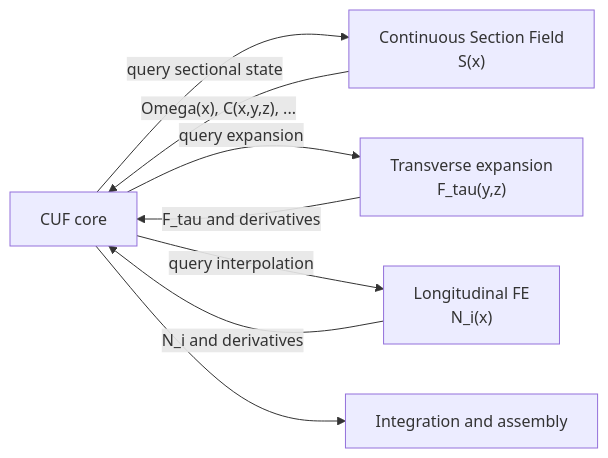
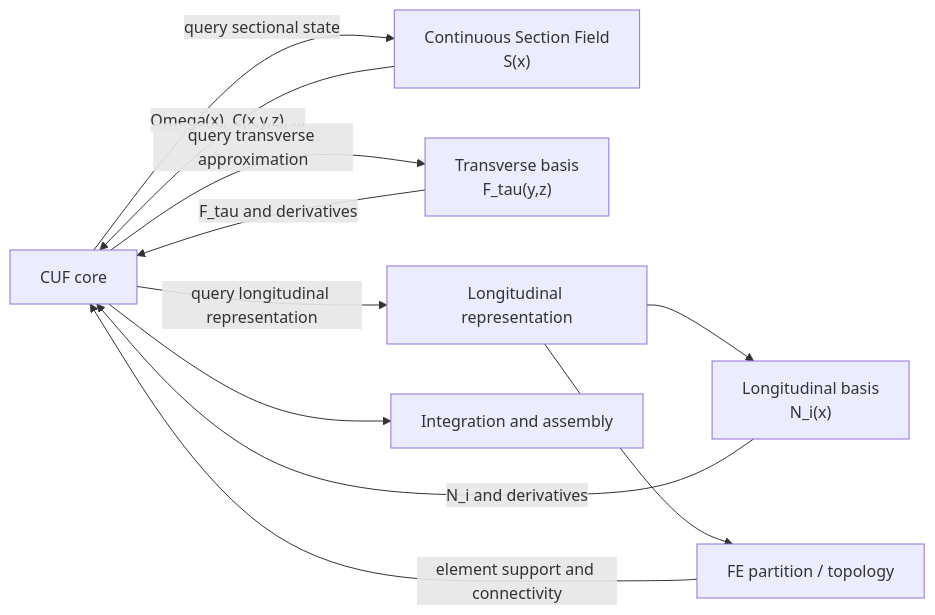
The first of 2 diagrams in docs/cuf/readme.md (giovanniboscu/continuous-section-field), drawn with Mermaid before and after one commit. The commit also changed other lines of this file, not shown here.

````diff
--- a/docs/cuf/readme.md
+++ b/docs/cuf/readme.md
@@ -252,19 +272,26 @@
 ```mermaid
 flowchart LR
     CUF["CUF core"]
 
     CSF["Continuous Section Field<br/>S(x)"]
-    EXP["Transverse expansion<br/>F_tau(y,z)"]
-    FE["Longitudinal FE<br/>N_i(x)"]
+    TEXP["Transverse basis<br/>F_tau(y,z)"]
+
+    LONG["Longitudinal representation"]
+    LBASIS["Longitudinal basis<br/>N_i(x)"]
+    FETOP["FE partition / topology"]
+
+    LONG --> LBASIS
+    LONG --> FETOP
 
     CUF -->|"query sectional state"| CSF
     CSF -->|"Omega(x), C(x,y,z), ..."| CUF
 
-    CUF -->|"query expansion"| EXP
-    EXP -->|"F_tau and derivatives"| CUF
+    CUF -->|"query transverse approximation"| TEXP
+    TEXP -->|"F_tau and derivatives"| CUF
 
-    CUF -->|"query interpolation"| FE
-    FE -->|"N_i and derivatives"| CUF
+    CUF -->|"query longitudinal representation"| LONG
+    LBASIS -->|"N_i and derivatives"| CUF
+    FETOP -->|"element support and connectivity"| CUF
 
     CUF --> ASM["Integration and assembly"]
 ```
````
